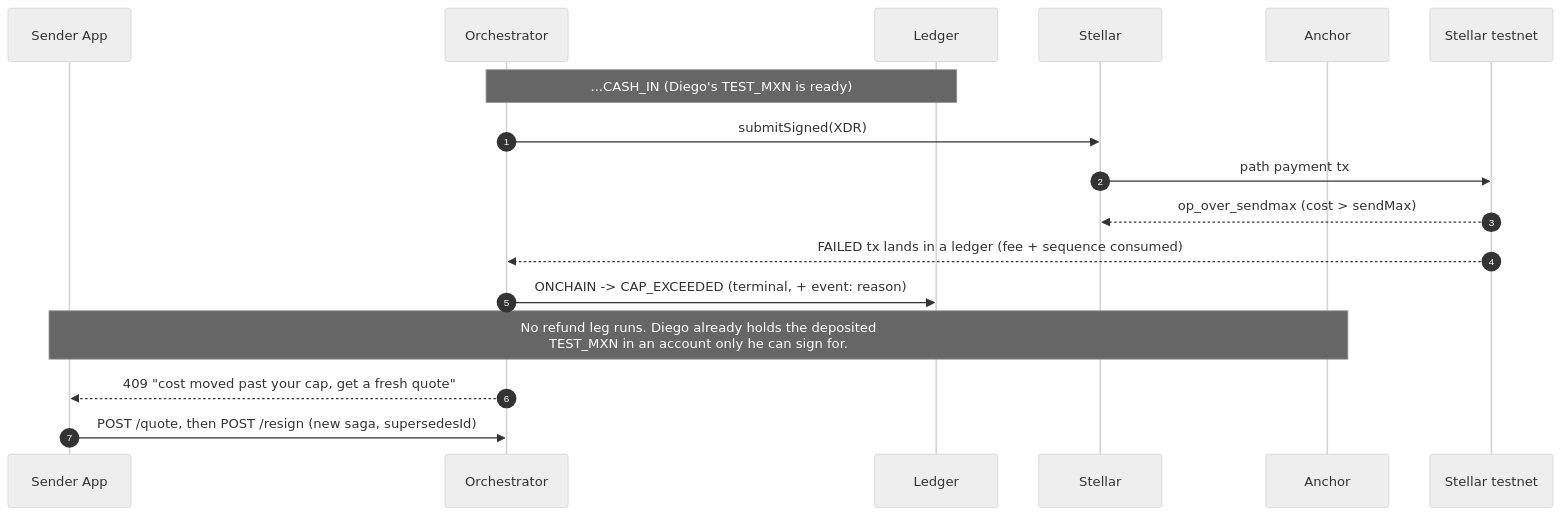
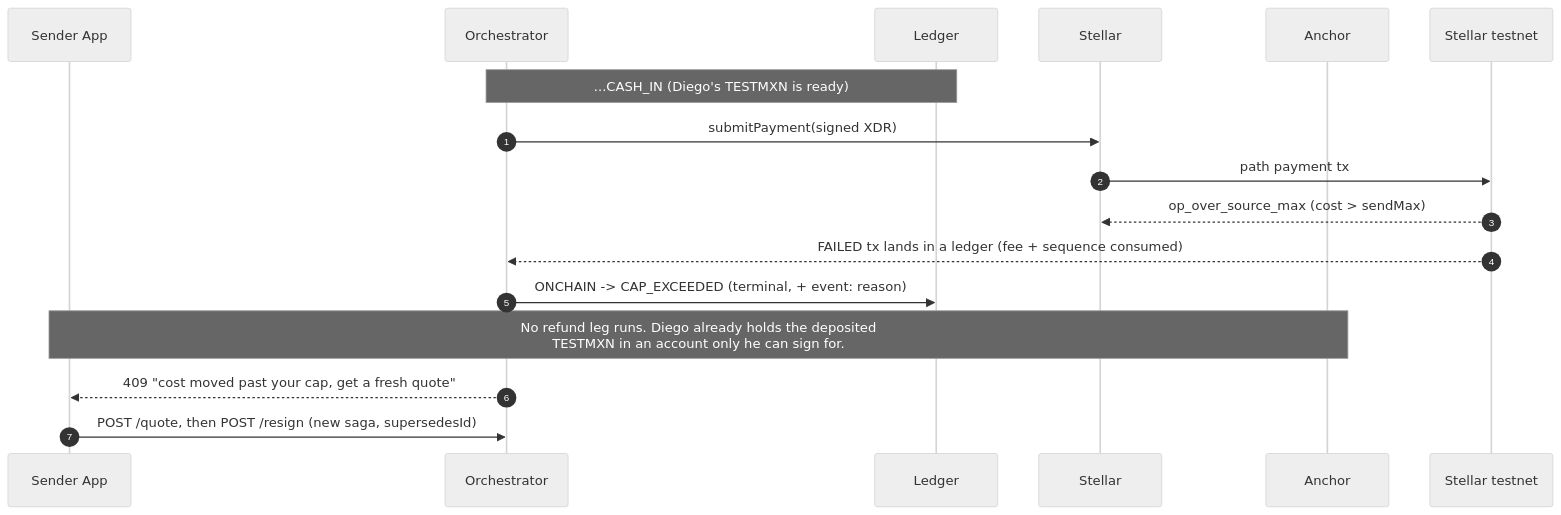
Before and after one commit to yigitcangokmen/corramoney: the second of 5 diagrams in docs/flows.md, drawn with Mermaid (neutral theme). The commit also changed other lines of this file and 9 other files, not shown here.

````diff
--- a/docs/flows.md
+++ b/docs/flows.md
@@ -44,20 +46,20 @@
 ```mermaid
 sequenceDiagram
     autonumber
     participant S as Sender App
     participant O as Orchestrator
     participant L as Ledger
     participant K as Stellar
     participant A as Anchor
     participant X as Stellar testnet
 
-    Note over O,L: ...CASH_IN (Diego's TEST_MXN is ready)
-    O->>K: submitSigned(XDR)
+    Note over O,L: ...CASH_IN (Diego's TESTMXN is ready)
+    O->>K: submitPayment(signed XDR)
     K->>X: path payment tx
-    X-->>K: op_over_sendmax (cost > sendMax)
+    X-->>K: op_over_source_max (cost > sendMax)
     X-->>O: FAILED tx lands in a ledger (fee + sequence consumed)
     O->>L: ONCHAIN -> CAP_EXCEEDED (terminal, + event: reason)
-    Note over S,A: No refund leg runs. Diego already holds the deposited<br/>TEST_MXN in an account only he can sign for.
+    Note over S,A: No refund leg runs. Diego already holds the deposited<br/>TESTMXN in an account only he can sign for.
     O-->>S: 409 "cost moved past your cap, get a fresh quote"
     S->>O: POST /quote, then POST /resign (new saga, supersedesId)
 ```
````
